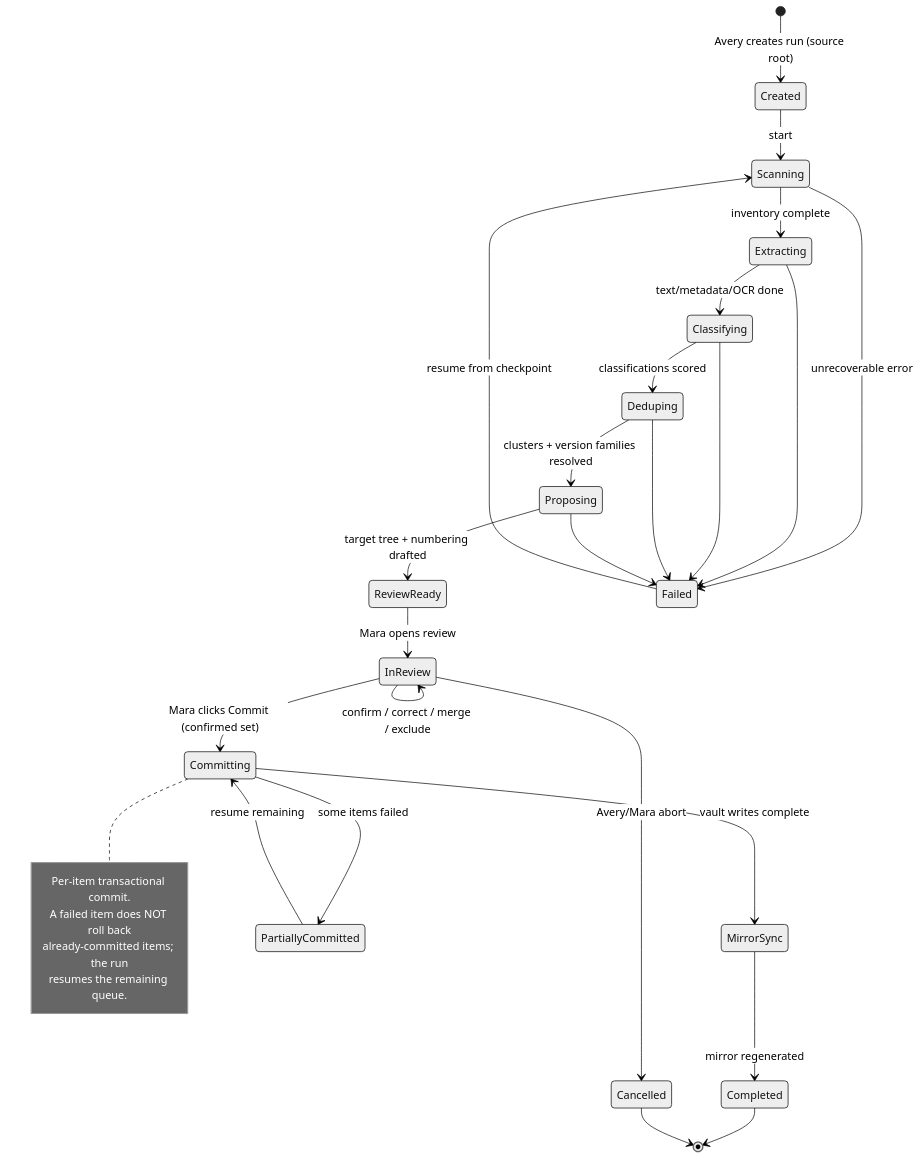
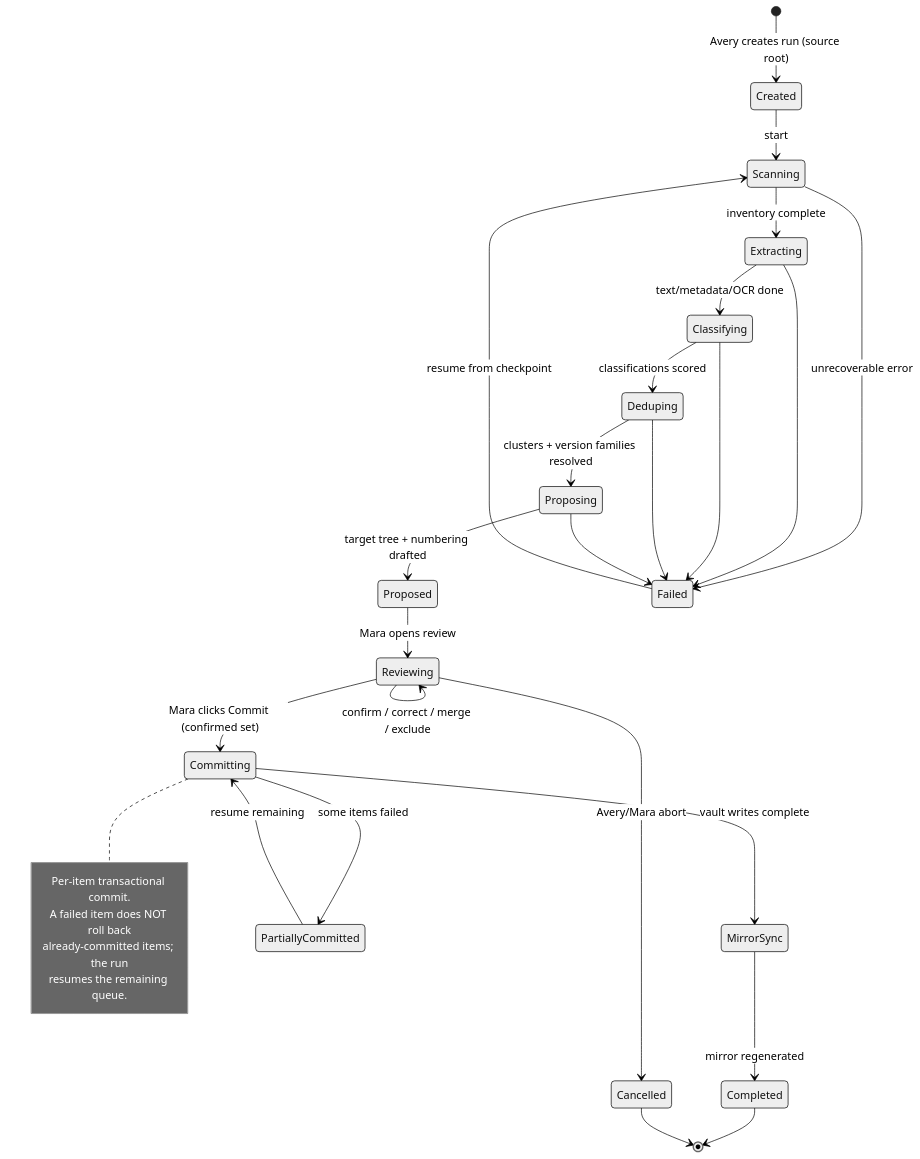
One commit to CoJoA13/EasySynQ changed the second of 7 diagrams in docs/09-ingestion-engine.md. Above: the diagram before and after it, drawn with Mermaid (neutral theme). The commit also changed other lines of this file and 17 other files, not shown here.

````diff
--- a/docs/09-ingestion-engine.md
+++ b/docs/09-ingestion-engine.md
@@ -96,34 +96,34 @@
 ```mermaid
 stateDiagram-v2
     [*] --> Created: Avery creates run (source root)
     Created --> Scanning: start
     Scanning --> Extracting: inventory complete
     Extracting --> Classifying: text/metadata/OCR done
     Classifying --> Deduping: classifications scored
     Deduping --> Proposing: clusters + version families resolved
-    Proposing --> ReviewReady: target tree + numbering drafted
-    ReviewReady --> InReview: Mara opens review
-    InReview --> InReview: confirm / correct / merge / exclude
-    InReview --> Committing: Mara clicks Commit (confirmed set)
+    Proposing --> Proposed: target tree + numbering drafted
+    Proposed --> Reviewing: Mara opens review
+    Reviewing --> Reviewing: confirm / correct / merge / exclude
+    Reviewing --> Committing: Mara clicks Commit (confirmed set)
     Committing --> MirrorSync: vault writes complete
     MirrorSync --> Completed: mirror regenerated
     Completed --> [*]
 
     Scanning --> Failed: unrecoverable error
     Extracting --> Failed
     Classifying --> Failed
     Deduping --> Failed
     Proposing --> Failed
     Committing --> PartiallyCommitted: some items failed
     PartiallyCommitted --> Committing: resume remaining
     Failed --> Scanning: resume from checkpoint
-    InReview --> Cancelled: Avery/Mara abort
+    Reviewing --> Cancelled: Avery/Mara abort
     Cancelled --> [*]
 
     note right of Committing
         Per-item transactional commit.
         A failed item does NOT roll back
         already-committed items; the run
         resumes the remaining queue.
     end note
 ```
````
